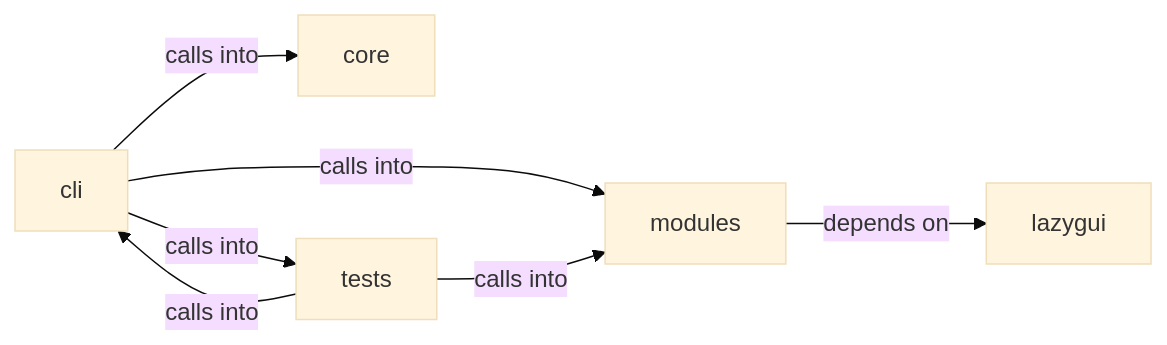
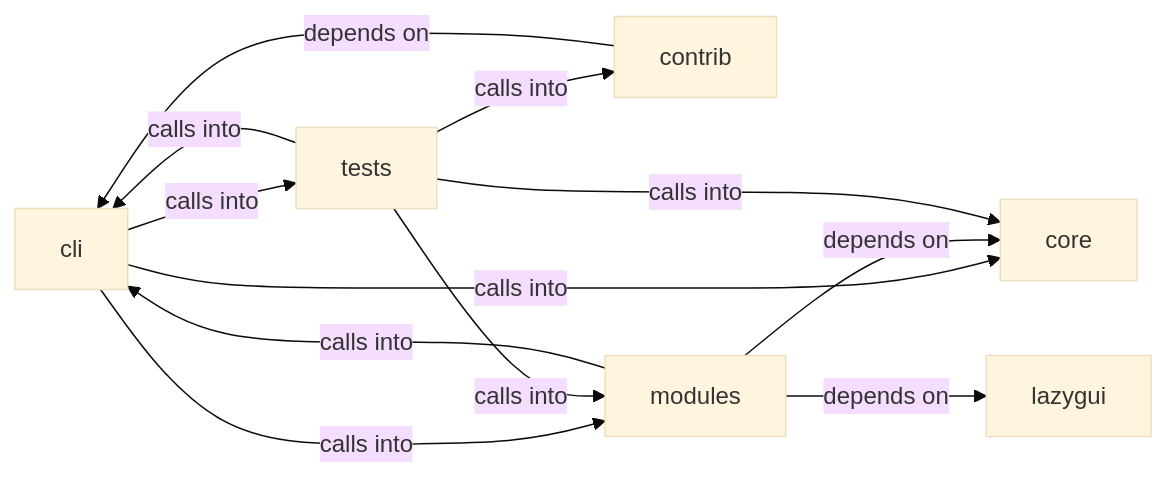
The diagram in readmenator-diagrams/modules_world_model.md (grisuno/LazyOwn), drawn with Mermaid (base theme) before and after one commit. The commit also changed other lines of this file and 216 other files, not shown here.

First line of the commit message:
feat: intel graph svg report appendix, hint fingerprint dedup, lab-only default scope guard, lazykerninc addon for cve-2026-40369

````diff
--- a/readmenator-diagrams/modules_world_model.md
+++ b/readmenator-diagrams/modules_world_model.md
@@ -5,14 +5,20 @@
 ```mermaid
 graph LR
     cli["cli"]
+    contrib["contrib"]
     core["core"]
     lazygui["lazygui"]
     modules["modules"]
     tests["tests"]
     cli -- "calls into" --> core
     cli -- "calls into" --> modules
     cli -- "calls into" --> tests
+    contrib -- "depends on" --> cli
+    modules -- "calls into" --> cli
+    modules -- "depends on" --> core
     modules -- "depends on" --> lazygui
     tests -- "calls into" --> cli
+    tests -- "calls into" --> contrib
+    tests -- "calls into" --> core
     tests -- "calls into" --> modules
 ```
````
